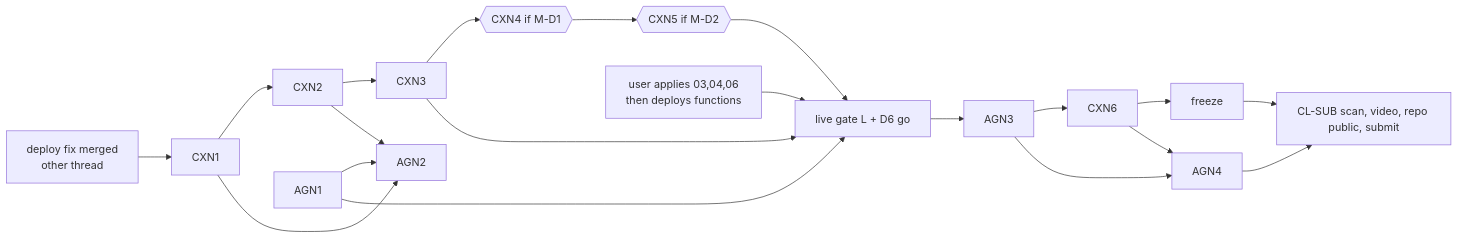
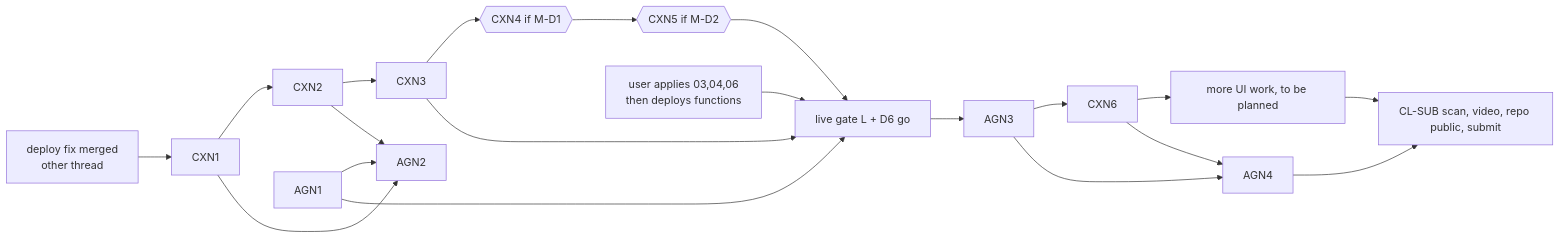
Before and after one commit to ntbaoheyhey/lantern-cat-cafe: the diagram in tasks/v2/wave-n/plan.md, drawn with Mermaid. The commit also changed other lines of this file and 14 other files, not shown here.

````diff
--- a/tasks/v2/wave-n/plan.md
+++ b/tasks/v2/wave-n/plan.md
@@ -46,18 +48,18 @@
 ```mermaid
 graph LR
   DF[deploy fix merged<br/>other thread] --> CXN1
   CXN1 --> CXN2 --> CXN3
   CXN3 --> CXN4{{CXN4 if M-D1}} --> CXN5{{CXN5 if M-D2}}
   AGN1 --> AGN2
   CXN1 --> AGN2
   CXN2 --> AGN2
   MIG[user applies 03,04,06<br/>then deploys functions] --> L
   CXN3 --> L[live gate L + D6 go]
   CXN5 --> L
   AGN1 --> L
-  L --> AGN3 --> CXN6 --> FREEZE[freeze]
+  L --> AGN3 --> CXN6 --> MORE[more UI work, to be planned]
   AGN3 --> AGN4
   CXN6 --> AGN4
-  FREEZE --> SUB[CL-SUB scan, video, repo public, submit]
+  MORE --> SUB[CL-SUB scan, video, repo public, submit]
   AGN4 --> SUB
 ```
````
